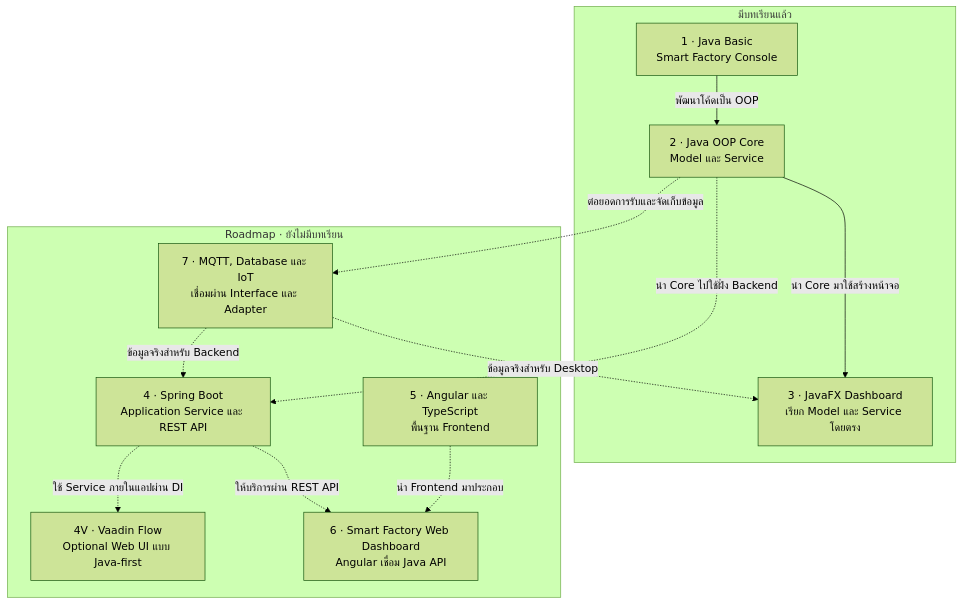
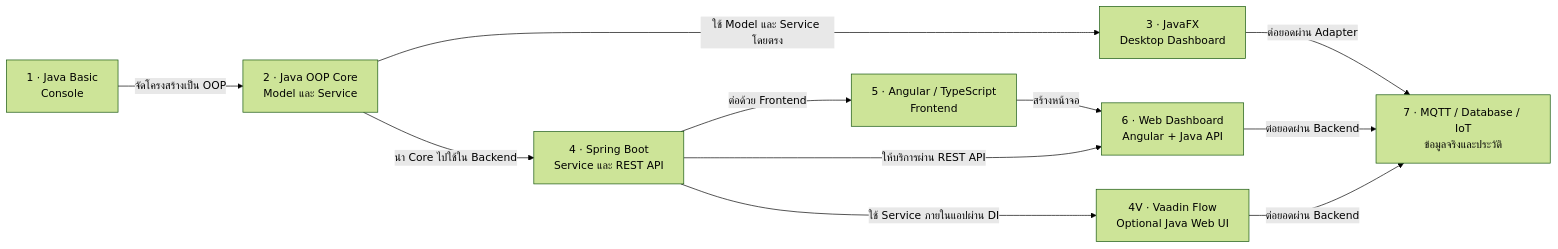
The first of 2 diagrams in README.md (KOPE-SOLUTION/java-smart-solutions), drawn with Mermaid (forest theme) before and after one commit. The commit also changed other lines of this file, not shown here.

Commit message:
docs: simplify learning paths with left-to-right diagram

````diff
--- a/README.md
+++ b/README.md
@@ -15,26 +15,22 @@
 ```mermaid
-flowchart TB
-    subgraph Available[มีบทเรียนแล้ว]
-        Basic["1 · Java Basic<br/>Smart Factory Console"]
-        Core["2 · Java OOP Core<br/>Model และ Service"]
-        Desktop["3 · JavaFX Dashboard<br/>เรียก Model และ Service โดยตรง"]
-        Basic -->|พัฒนาโค้ดเป็น OOP| Core
-        Core -->|นำ Core มาใช้สร้างหน้าจอ| Desktop
-    end
+flowchart LR
+    Basic["1 · Java Basic<br/>Console"]
+    Core["2 · Java OOP Core<br/>Model และ Service"]
+    Desktop["3 · JavaFX<br/>Desktop Dashboard"]
+    Backend["4 · Spring Boot<br/>Service และ REST API"]
+    Vaadin["4V · Vaadin Flow<br/>Optional Java Web UI"]
+    Angular["5 · Angular / TypeScript<br/>Frontend"]
+    Web["6 · Web Dashboard<br/>Angular + Java API"]
+    Integration["7 · MQTT / Database / IoT<br/>ข้อมูลจริงและประวัติ"]
 
-    subgraph Future[Roadmap · ยังไม่มีบทเรียน]
-        Backend["4 · Spring Boot<br/>Application Service และ REST API"]
-        Vaadin["4V · Vaadin Flow<br/>Optional Web UI แบบ Java-first"]
-        Angular["5 · Angular และ TypeScript<br/>พื้นฐาน Frontend"]
-        Web["6 · Smart Factory Web Dashboard<br/>Angular เชื่อม Java API"]
-        Integration["7 · MQTT, Database และ IoT<br/>เชื่อมผ่าน Interface และ Adapter"]
-    end
-
-    Core -.->|นำ Core ไปใช้ฝั่ง Backend| Backend
-    Backend -.->|ใช้ Service ภายในแอปผ่าน DI| Vaadin
-    Backend -.->|ให้บริการผ่าน REST API| Web
-    Angular -.->|นำ Frontend มาประกอบ| Web
-    Core -.->|ต่อยอดการรับและจัดเก็บข้อมูล| Integration
-    Integration -.->|ข้อมูลจริงสำหรับ Desktop| Desktop
-    Integration -.->|ข้อมูลจริงสำหรับ Backend| Backend
+    Basic -->|จัดโครงสร้างเป็น OOP| Core
+    Core -->|ใช้ Model และ Service โดยตรง| Desktop
+    Core -->|นำ Core ไปใช้ใน Backend| Backend
+    Backend -->|ต่อด้วย Frontend| Angular
+    Angular -->|สร้างหน้าจอ| Web
+    Backend -->|ให้บริการผ่าน REST API| Web
+    Backend -->|ใช้ Service ภายในแอปผ่าน DI| Vaadin
+    Desktop -->|ต่อยอดผ่าน Adapter| Integration
+    Web -->|ต่อยอดผ่าน Backend| Integration
+    Vaadin -->|ต่อยอดผ่าน Backend| Integration
 ```
````
